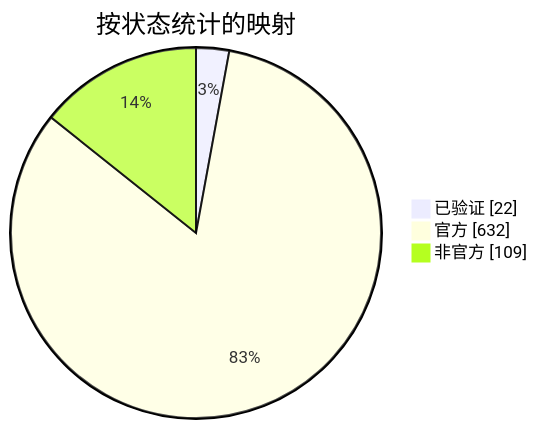
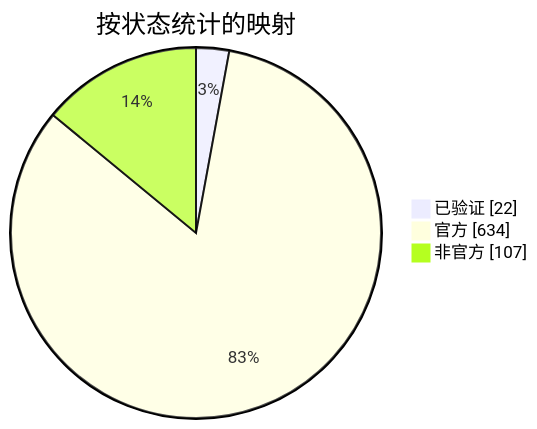
Before and after one commit to nobrega8/mbmap-library: the diagram in docs/readme/README_ZHS.md, drawn with Mermaid. The commit also changed 7 other files, not shown here.

````diff
--- a/docs/readme/README_ZHS.md
+++ b/docs/readme/README_ZHS.md
@@ -54,7 +54,7 @@
 ```mermaid
 pie showData
     title 按状态统计的映射
     "已验证" : 22
-    "官方" : 632
-    "非官方" : 109
+    "官方" : 634
+    "非官方" : 107
 ```
````
